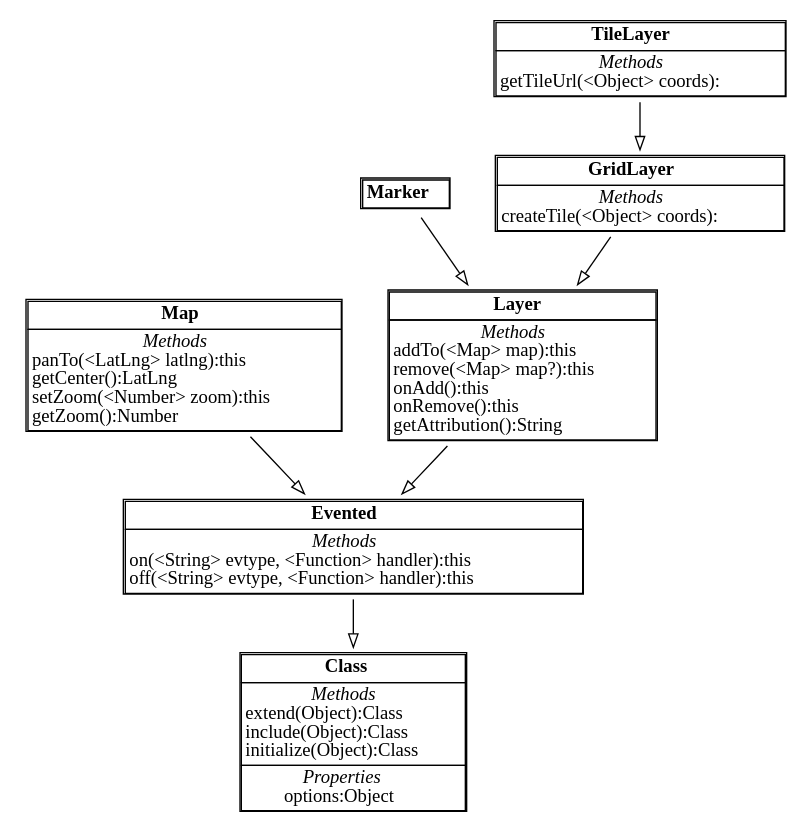
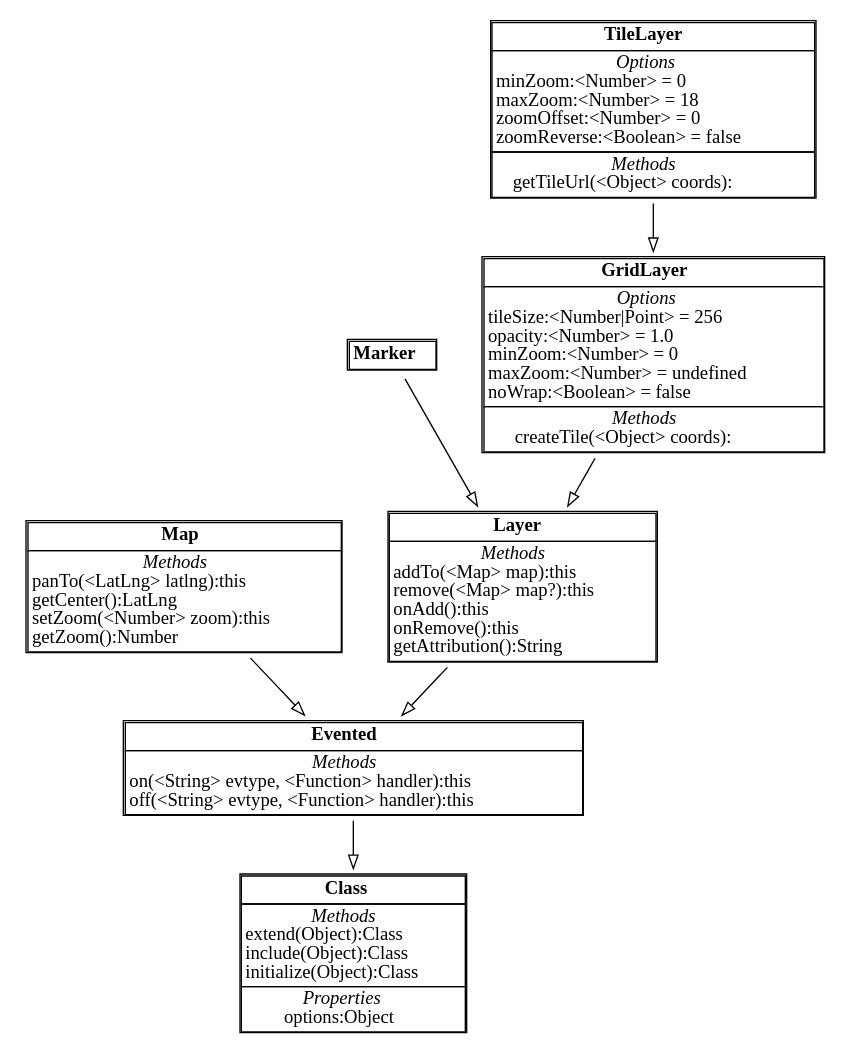
Before and after one commit to Leaflet/Leafdoc: the diagram in spec/e2e/leaflet-inheritance-diagram/leaflet-inheritance-diagram.actual.dot, drawn with Graphviz. The commit also changed 14 other files, not shown here.

Commit message:
More graphviz templates

```diff
--- a/spec/e2e/leaflet-inheritance-diagram/leaflet-inheritance-diagram.actual.dot
+++ b/spec/e2e/leaflet-inheritance-diagram/leaflet-inheritance-diagram.actual.dot
@@ -1,116 +1,142 @@
 digraph ClassDiagram {
 	node [shape=plaintext]
 	edge [arrowhead=onormal];
 
 Map [ label = <<TABLE CELLSPACING="0">
 	<TR><TD><B>Map</B></TD></TR>
 	<TR><TD><I>Methods</I><BR/>
 panTo(&lt;LatLng&gt; latlng):this
 <BR align="left" />
 getCenter():LatLng
 <BR align="left" />
 setZoom(&lt;Number&gt; zoom):this
 <BR align="left" />
 getZoom():Number
 <BR align="left" />
 
 </TD></TR>
 
 
 
 </TABLE>>]
 
 	Map -> Evented
 Evented [ label = <<TABLE CELLSPACING="0">
 	<TR><TD><B>Evented</B></TD></TR>
 	<TR><TD><I>Methods</I><BR/>
 on(&lt;String&gt; evtype, &lt;Function&gt; handler):this
 <BR align="left" />
 off(&lt;String&gt; evtype, &lt;Function&gt; handler):this
 <BR align="left" />
 
 </TD></TR>
 
 
 
 </TABLE>>]
 
 	Evented -> Class
 Class [ label = <<TABLE CELLSPACING="0">
 	<TR><TD><B>Class</B></TD></TR>
 	<TR><TD><I>Methods</I><BR/>
 extend(Object):Class
 <BR align="left" />
 include(Object):Class
 <BR align="left" />
 initialize(Object):Class
 <BR align="left" />
 
 </TD></TR>
 
 <TR><TD><I>Properties</I><BR/>
 options:Object<BR align="left" />
 
 </TD></TR>
 
 
 </TABLE>>]
 
 Layer [ label = <<TABLE CELLSPACING="0">
 	<TR><TD><B>Layer</B></TD></TR>
 	<TR><TD><I>Methods</I><BR/>
 addTo(&lt;Map&gt; map):this
 <BR align="left" />
 remove(&lt;Map&gt; map?):this
 <BR align="left" />
 onAdd():this
 <BR align="left" />
 onRemove():this
 <BR align="left" />
 getAttribution():String
 <BR align="left" />
 
 </TD></TR>
 
 
 
 </TABLE>>]
 
 	Layer -> Evented
 Marker [ label = <<TABLE CELLSPACING="0">
 	<TR><TD><B>Marker</B></TD></TR>
 	
 
 
 </TABLE>>]
 
 	Marker -> Layer
 TileLayer [ label = <<TABLE CELLSPACING="0">
 	<TR><TD><B>TileLayer</B></TD></TR>
-	<TR><TD><I>Methods</I><BR/>
+	<TR><TD><I>Options</I><BR/>
+minZoom:&lt;Number&gt; = 0
+<BR align="left" />
+maxZoom:&lt;Number&gt; = 18
+<BR align="left" />
+zoomOffset:&lt;Number&gt; = 0
+<BR align="left" />
+zoomReverse:&lt;Boolean&gt; = false
+<BR align="left" />
+
+</TD></TR>
+
+<TR><TD><I>Methods</I><BR/>
 getTileUrl(&lt;Object&gt; coords):
 <BR align="left" />
 
 </TD></TR>
 
 
 
 </TABLE>>]
 
 	TileLayer -> GridLayer
 GridLayer [ label = <<TABLE CELLSPACING="0">
 	<TR><TD><B>GridLayer</B></TD></TR>
-	<TR><TD><I>Methods</I><BR/>
+	<TR><TD><I>Options</I><BR/>
+tileSize:&lt;Number|Point&gt; = 256
+<BR align="left" />
+opacity:&lt;Number&gt; = 1.0
+<BR align="left" />
+minZoom:&lt;Number&gt; = 0
+<BR align="left" />
+maxZoom:&lt;Number&gt; = undefined
+<BR align="left" />
+noWrap:&lt;Boolean&gt; = false
+<BR align="left" />
+
+</TD></TR>
+
+<TR><TD><I>Methods</I><BR/>
 createTile(&lt;Object&gt; coords):
 <BR align="left" />
 
 </TD></TR>
 
 
 
 </TABLE>>]
 
 	GridLayer -> Layer
 
 
 }
```
